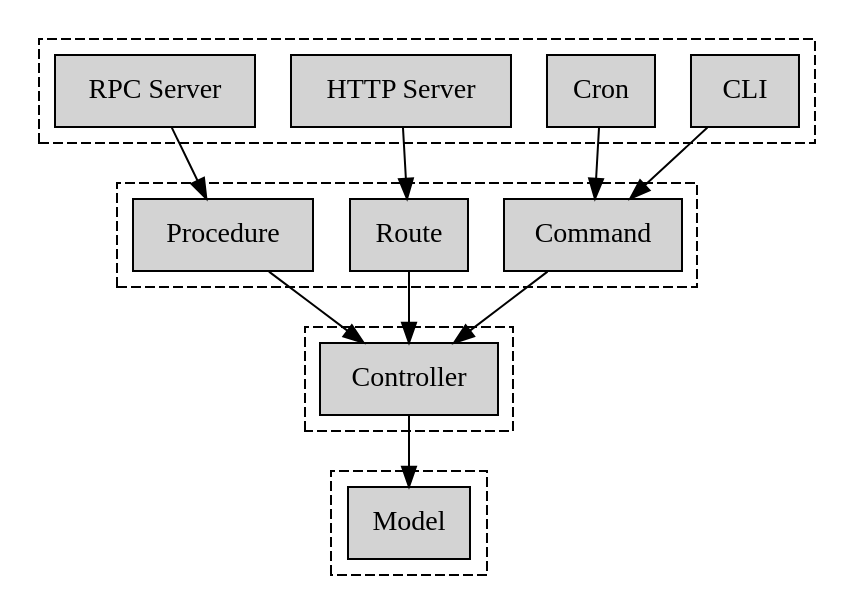
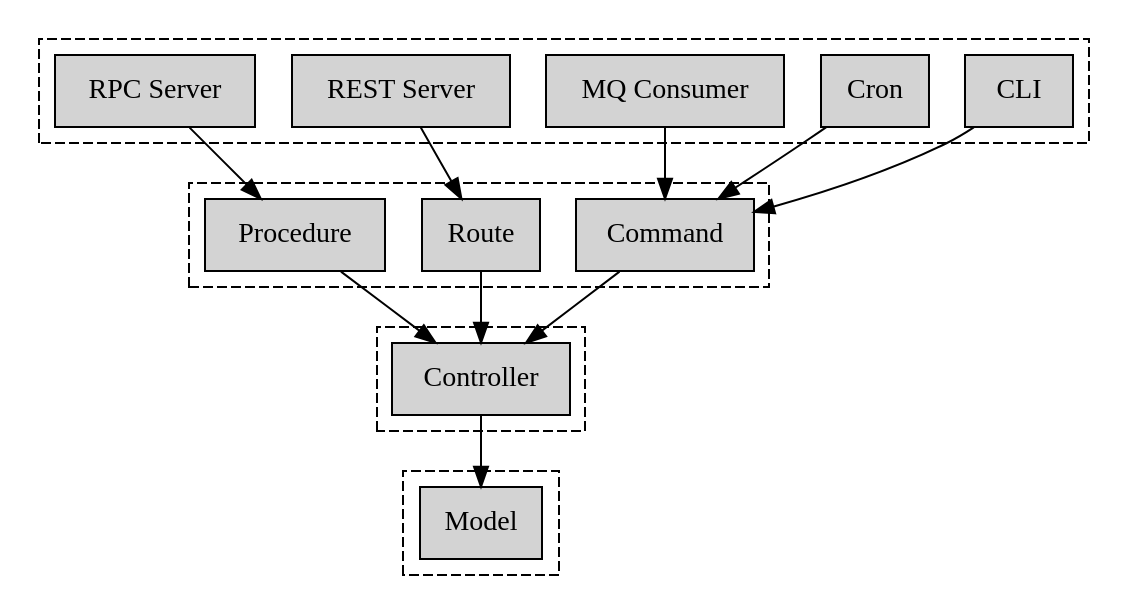
Before and after one commit to bsdelf/barebone-js: the diagram in docs/ideal.dot, drawn with Graphviz. The commit also changed 2 other files, not shown here.

Commit message:
Illustrate message queue consumer

```diff
--- a/docs/ideal.dot
+++ b/docs/ideal.dot
@@ -1,40 +1,42 @@
 digraph G {
     graph [rankdir=TB]
     node [shape=box style=filled]
 
     subgraph cluster_1 {
         style="dashed"
         cli [label="CLI"]
         cron [label="Cron"]
-        restful [label="HTTP Server"]
+        restful [label="REST Server"]
         jsonrpc [label="RPC Server"]
+        worker [label="MQ Consumer"]
     }
 
     subgraph cluster_2 {
         style="dashed"
         command [label="Command"]
         route [label="Route"]
         proc [label="Procedure"]
     }
 
     subgraph cluster_3 {
         style="dashed"
         controller [label="Controller"]
     }
 
     subgraph cluster_4 {
         style="dashed"
         model [label="Model"]
     }
 
     cli -> command
     cron -> command
     restful -> route
     jsonrpc -> proc
+    worker -> command
 
     proc -> controller
     route -> controller
     command -> controller
 
     controller -> model
 }
```
